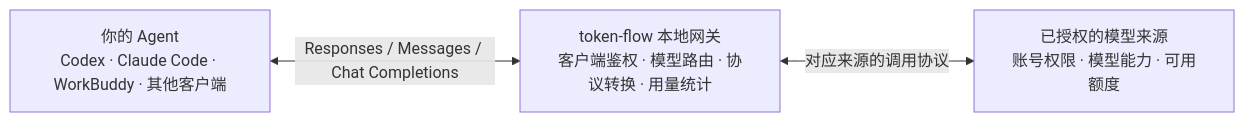
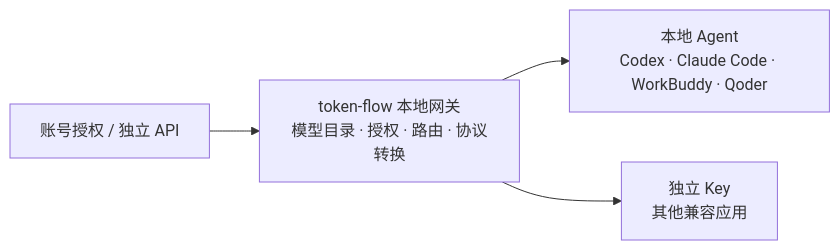
Before and after one commit to Xts-spec/TokenFlow: the diagram in README.md, drawn with Mermaid. The commit also changed other lines of this file and 132 other files, not shown here.

````diff
--- a/README.md
+++ b/README.md
@@ -81,8 +61,6 @@
 ```mermaid
 flowchart LR
-    A["你的 Agent<br/>Codex · Claude Code · WorkBuddy · 其他客户端"]
-    B["token-flow 本地网关<br/>客户端鉴权 · 模型路由 · 协议转换 · 用量统计"]
-    C["已授权的模型来源<br/>账号权限 · 模型能力 · 可用额度"]
-    A <-->|"Responses / Messages / Chat Completions"| B
-    B <-->|"对应来源的调用协议"| C
+    A["账号授权 / 独立 API"] --> B["token-flow 本地网关<br/>模型目录 · 授权 · 路由 · 协议转换"]
+    B --> C["本地 Agent<br/>Codex · Claude Code · WorkBuddy · Qoder"]
+    B --> D["独立 Key<br/>其他兼容应用"]
 ```
````
